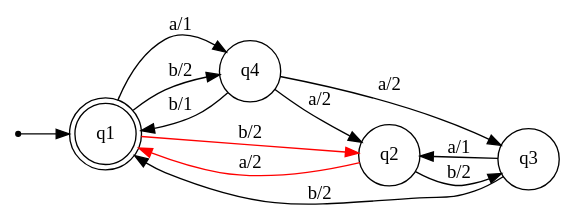
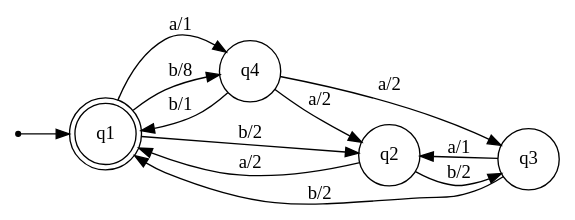
One commit to zenAndroid/oracle-extract changed the diagram in input.dot. Above: the diagram before and after it, drawn with Graphviz. The commit also changed 1 other file, not shown here.

```diff
--- a/input.dot
+++ b/input.dot
@@ -1,17 +1,17 @@
 digraph Automaton {
     node [shape=point] INIT;
     q1 [shape="doublecircle"];
     node [shape=circle];
     rankdir = LR;
     INIT -> q1;
-    q1 -> q2 [label="b/2", color=red];
+    q1 -> q2 [label="b/2"];
     q1 -> q4 [label="a/1"];
-    q1 -> q4 [label="b/2"];
-    q2 -> q1 [label="a/2", color=red];
+    q1 -> q4 [label="b/8"];
+    q2 -> q1 [label="a/2"];
     q2 -> q3 [label="b/2"];
     q3 -> q2 [label="a/1"];
     q3 -> q1 [label="b/2"];
     q4 -> q1 [label="b/1"];
     q4 -> q3 [label="a/2"];
     q4 -> q2 [label="a/2"];
 }
```
